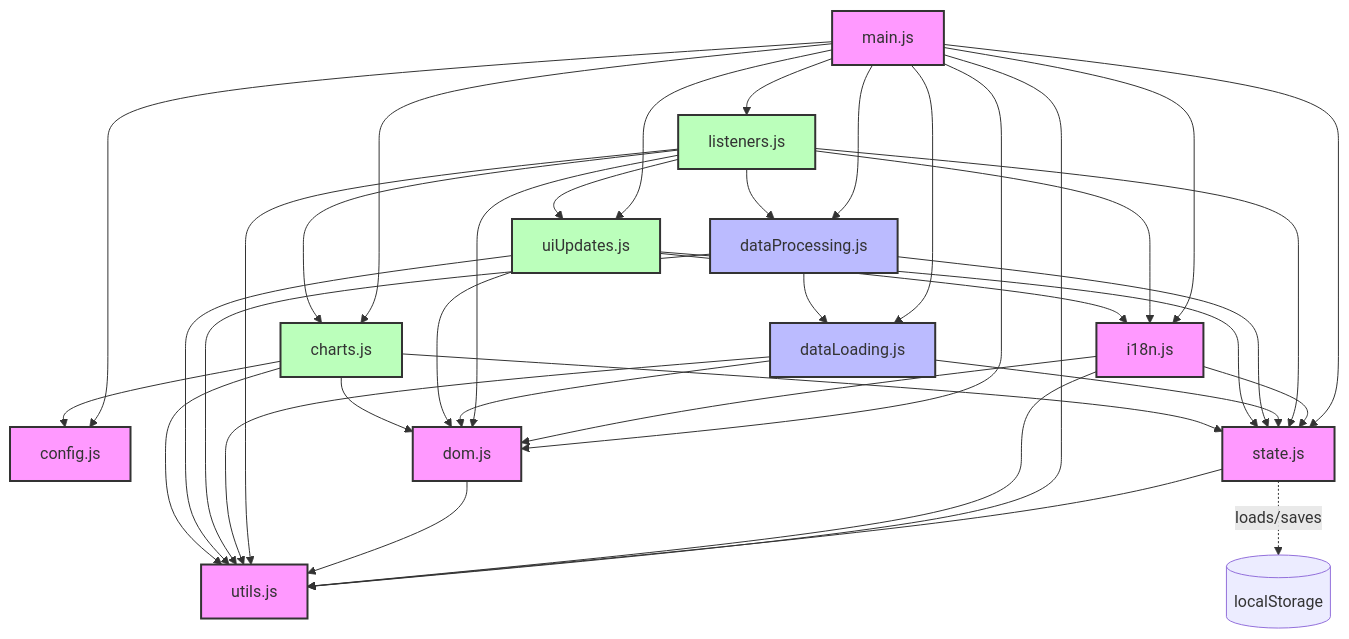
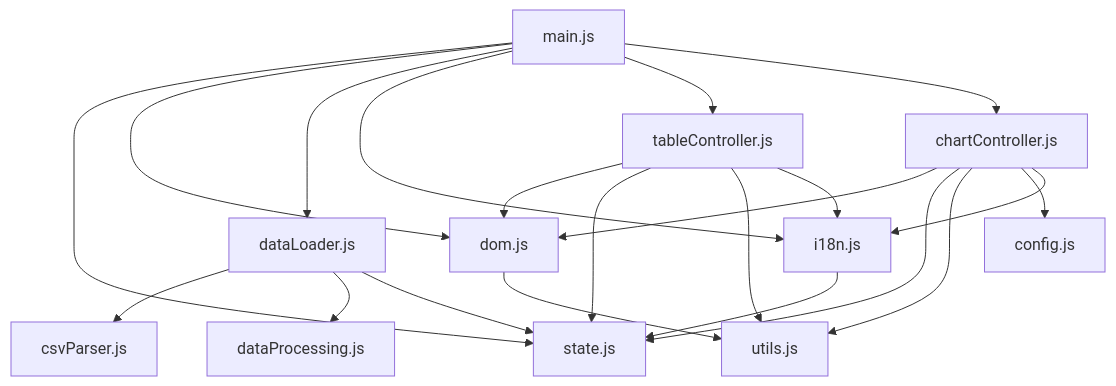
The diagram in plans/module_dependency_diagram.md (LinkesAuge/WebappTest), drawn with Mermaid before and after one commit. The commit also changed other lines of this file and 30 other files, not shown here.

Commit message:
Update project documentation and consolidate data processing files

````diff
--- a/plans/module_dependency_diagram.md
+++ b/plans/module_dependency_diagram.md
@@ -7,57 +7,33 @@
 ```mermaid
-flowchart TD
-    main[main.js] --> config[config.js]
-    main --> utils[utils.js]
-    main --> state[state.js]
+graph TD
+    %% Core Module Dependencies
+    main[main.js] --> state[state.js]
+    main --> dom[dom.js]
+    main --> dataLoader[dataLoader.js]
     main --> i18n[i18n.js]
-    main --> dom[dom.js]
-    main --> listeners[listeners.js]
-    main --> dataLoading[dataLoading.js]
-    main --> dataProcessing[dataProcessing.js]
-    main --> uiUpdates[uiUpdates.js]
-    main --> charts[charts.js]
+    main --> tableController[tableController.js]
+    main --> chartController[chartController.js]
     
-    state --> utils
-    state -.-> |loads/saves| localStorage[(localStorage)]
+    %% Data Flow
+    dataLoader --> csvParser[csvParser.js]
+    dataLoader --> dataProcessing[dataProcessing.js]
+    dataLoader --> state
     
+    %% UI Controllers
+    tableController --> dom
+    tableController --> state
+    tableController --> utils[utils.js]
+    tableController --> i18n
+    
+    chartController --> dom
+    chartController --> state
+    chartController --> utils
+    chartController --> config[config.js]
+    chartController --> i18n
+    
+    %% Common Dependencies
+    dom --> utils
     i18n --> state
-    i18n --> dom
-    i18n --> utils
     
-    dom --> utils
-    
-    listeners --> dom
-    listeners --> utils
-    listeners --> state
-    listeners --> i18n
-    listeners --> dataProcessing
-    listeners --> uiUpdates
-    listeners --> charts
-    
-    dataLoading --> utils
-    dataLoading --> dom
-    dataLoading --> state
-    
-    dataProcessing --> utils
-    dataProcessing --> state
-    dataProcessing --> dataLoading
-    
-    uiUpdates --> dom
-    uiUpdates --> utils
-    uiUpdates --> state
-    uiUpdates --> i18n
-    
-    charts --> config
-    charts --> dom
-    charts --> utils
-    charts --> state
-    
-    classDef coreModule fill:#f9f,stroke:#333,stroke-width:2px;
-    classDef dataModule fill:#bbf,stroke:#333,stroke-width:2px;
-    classDef uiModule fill:#bfb,stroke:#333,stroke-width:2px;
-    
-    class config,utils,state,i18n,dom coreModule;
-    class dataLoading,dataProcessing dataModule;
-    class listeners,uiUpdates,charts uiModule;
-    class main coreModule;
+    %% Note: weekDataManager has been removed as part of architectural simplification
 ```
````
